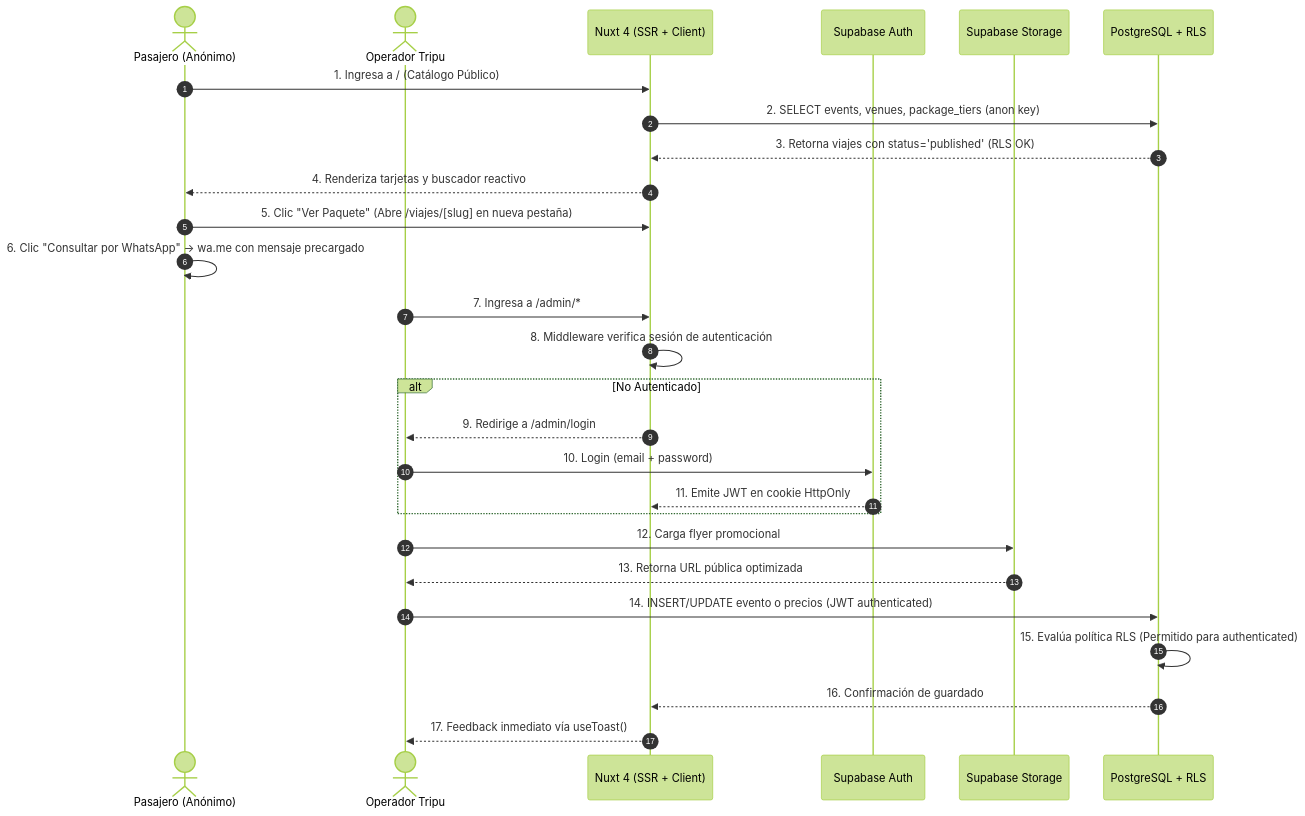
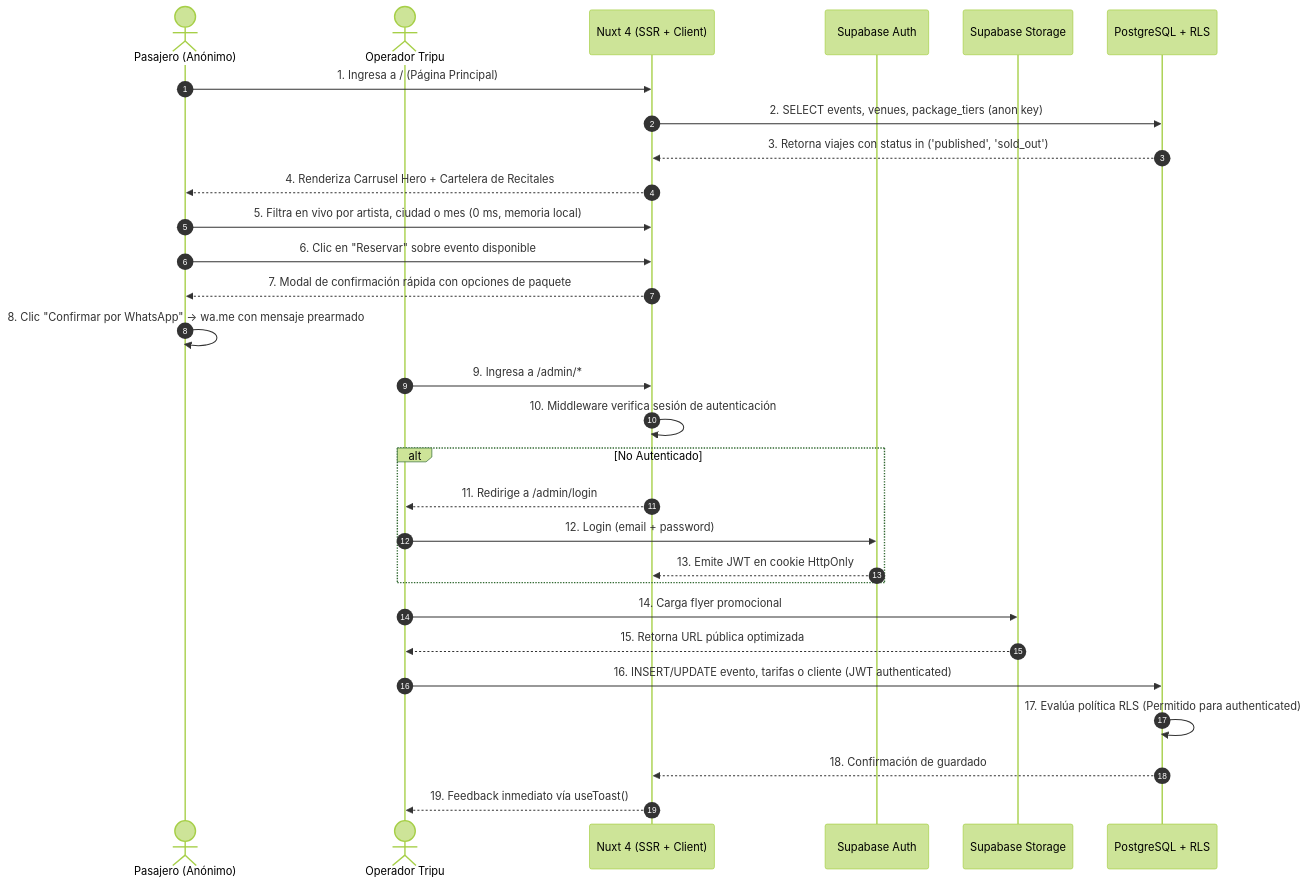
Before and after one commit to giuli9r/event-system: the second of 3 diagrams in ARCHITECTURE.md, drawn with Mermaid (forest theme). The commit also changed other lines of this file and 1 other file, not shown here.

````diff
--- a/ARCHITECTURE.md
+++ b/ARCHITECTURE.md
@@ -90,33 +92,35 @@
 ```mermaid
 sequenceDiagram
     autonumber
     actor Pasajero as Pasajero (Anónimo)
     actor Operador as Operador Tripu
     participant Nuxt as Nuxt 4 (SSR + Client)
     participant Auth as Supabase Auth
     participant Storage as Supabase Storage
     participant DB as PostgreSQL + RLS
 
     %% Flujo Público
-    Pasajero->>Nuxt: 1. Ingresa a / (Catálogo Público)
+    Pasajero->>Nuxt: 1. Ingresa a / (Página Principal)
     Nuxt->>DB: 2. SELECT events, venues, package_tiers (anon key)
-    DB-->>Nuxt: 3. Retorna viajes con status='published' (RLS OK)
-    Nuxt-->>Pasajero: 4. Renderiza tarjetas y buscador reactivo
-    Pasajero->>Nuxt: 5. Clic "Ver Paquete" (Abre /viajes/[slug] en nueva pestaña)
-    Pasajero->>Pasajero: 6. Clic "Consultar por WhatsApp" -> wa.me con mensaje precargado
+    DB-->>Nuxt: 3. Retorna viajes con status in ('published', 'sold_out')
+    Nuxt-->>Pasajero: 4. Renderiza Carrusel Hero + Cartelera de Recitales
+    Pasajero->>Nuxt: 5. Filtra en vivo por artista, ciudad o mes (0 ms, memoria local)
+    Pasajero->>Nuxt: 6. Clic en "Reservar" sobre evento disponible
+    Nuxt-->>Pasajero: 7. Modal de confirmación rápida con opciones de paquete
+    Pasajero->>Pasajero: 8. Clic "Confirmar por WhatsApp" -> wa.me con mensaje prearmado
 
     %% Flujo Administrativo
-    Operador->>Nuxt: 7. Ingresa a /admin/*
-    Nuxt->>Nuxt: 8. Middleware verifica sesión de autenticación
+    Operador->>Nuxt: 9. Ingresa a /admin/*
+    Nuxt->>Nuxt: 10. Middleware verifica sesión de autenticación
     alt No Autenticado
-        Nuxt-->>Operador: 9. Redirige a /admin/login
-        Operador->>Auth: 10. Login (email + password)
-        Auth-->>Nuxt: 11. Emite JWT en cookie HttpOnly
+        Nuxt-->>Operador: 11. Redirige a /admin/login
+        Operador->>Auth: 12. Login (email + password)
+        Auth-->>Nuxt: 13. Emite JWT en cookie HttpOnly
     end
-    Operador->>Storage: 12. Carga flyer promocional
-    Storage-->>Operador: 13. Retorna URL pública optimizada
-    Operador->>DB: 14. INSERT/UPDATE evento o precios (JWT authenticated)
-    DB->>DB: 15. Evalúa política RLS (Permitido para authenticated)
-    DB-->>Nuxt: 16. Confirmación de guardado
-    Nuxt-->>Operador: 17. Feedback inmediato vía useToast()
+    Operador->>Storage: 14. Carga flyer promocional
+    Storage-->>Operador: 15. Retorna URL pública optimizada
+    Operador->>DB: 16. INSERT/UPDATE evento, tarifas o cliente (JWT authenticated)
+    DB->>DB: 17. Evalúa política RLS (Permitido para authenticated)
+    DB-->>Nuxt: 18. Confirmación de guardado
+    Nuxt-->>Operador: 19. Feedback inmediato vía useToast()
 ```
````
